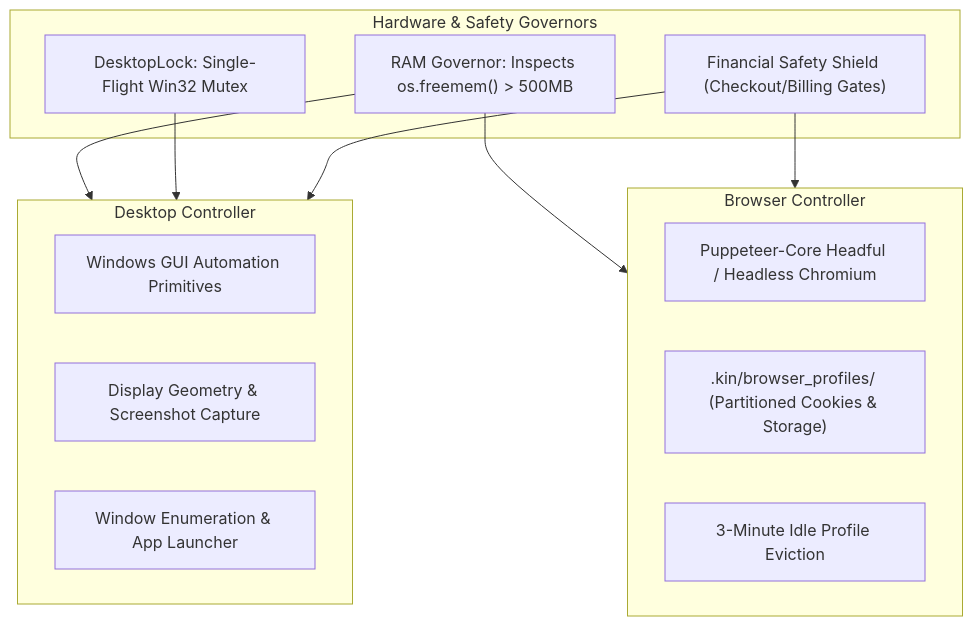
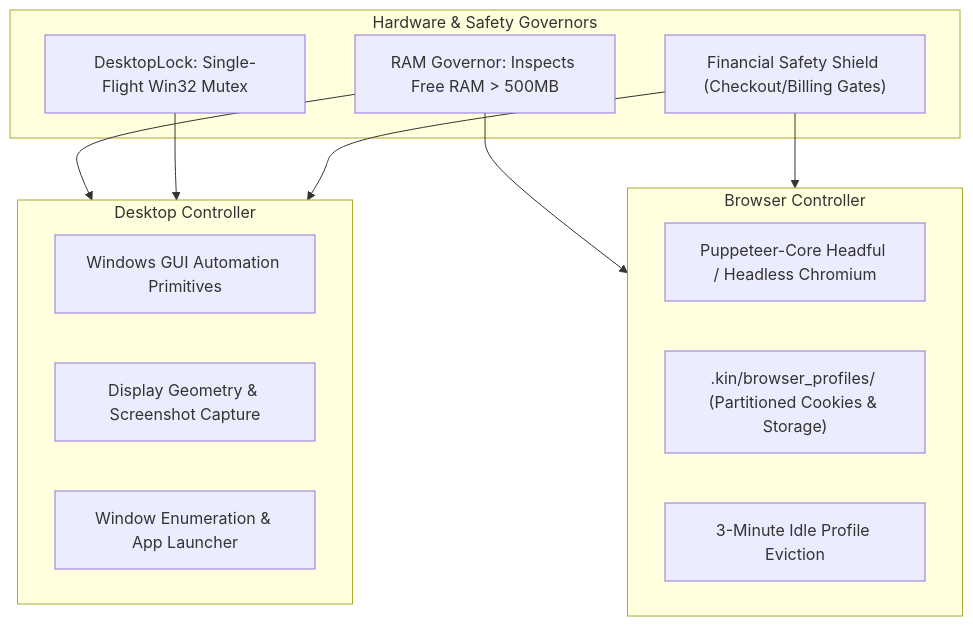
The fifth of 6 diagrams in docs/ARCHITECTURE.md (abhayzangir1/KIN), drawn with Mermaid before and after one commit. The commit also changed other lines of this file and 9 other files, not shown here.

````diff
--- a/docs/ARCHITECTURE.md
+++ b/docs/ARCHITECTURE.md
@@ -227,26 +227,26 @@
 ```mermaid
 graph TD
     subgraph Governors["Hardware & Safety Governors"]
-        RAMGov["RAM Governor: Inspects os.freemem() > 500MB"]
+        RAMGov["RAM Governor: Inspects Free RAM > 500MB"]
         MutexLock["DesktopLock: Single-Flight Win32 Mutex"]
         RiskShield["Financial Safety Shield (Checkout/Billing Gates)"]
     end
 
     subgraph DesktopAutomation["Desktop Controller"]
         WinAPI["Windows GUI Automation Primitives"]
         ScreenCap["Display Geometry & Screenshot Capture"]
         WindowList["Window Enumeration & App Launcher"]
     end
 
     subgraph BrowserAutomation["Browser Controller"]
         ChromiumDaemon["Puppeteer-Core Headful / Headless Chromium"]
         ProfilesDir[".kin/browser_profiles/<agentId> (Partitioned Cookies & Storage)"]
         IdleEvict["3-Minute Idle Profile Eviction"]
     end
 
     RAMGov --> DesktopAutomation
     RAMGov --> BrowserAutomation
     MutexLock --> DesktopAutomation
     RiskShield --> DesktopAutomation
     RiskShield --> BrowserAutomation
 ```
````
